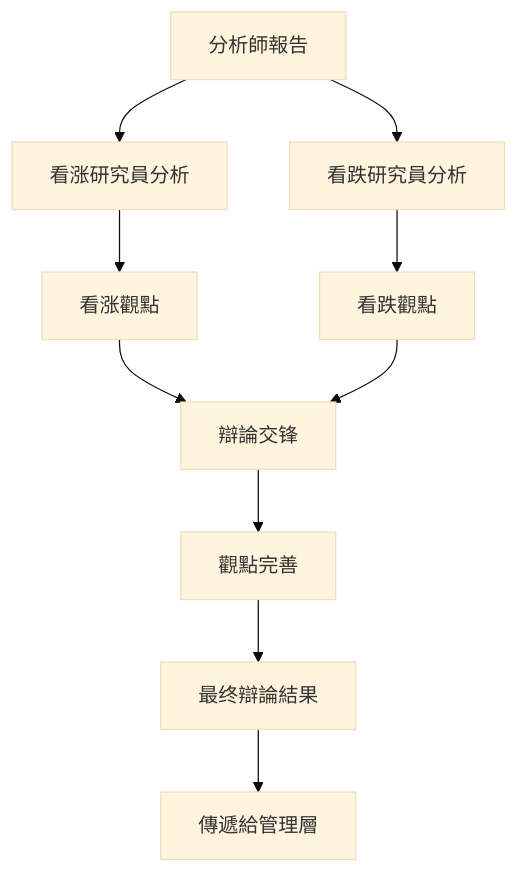
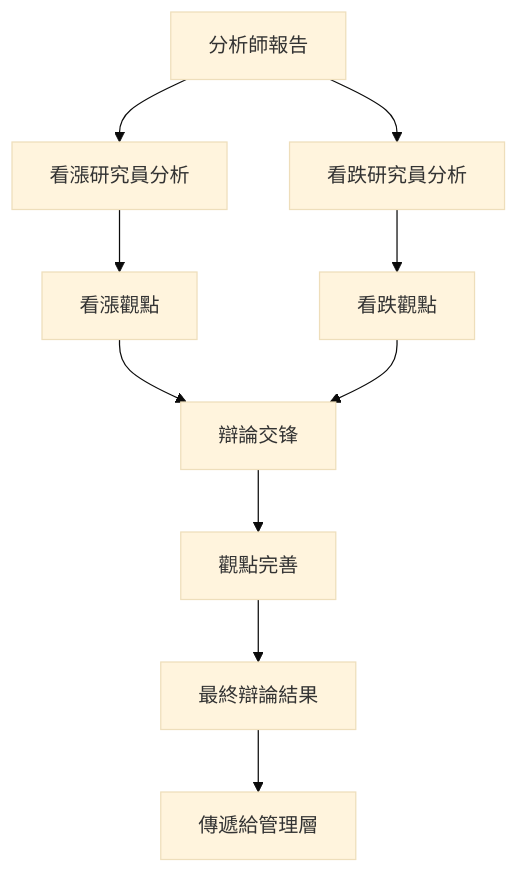
The diagram in docs/agents/v0.1.13/researchers.md (aiinpocket/TradingAgents-CN), drawn with Mermaid (base theme) before and after one commit. The commit also changed other lines of this file and 78 other files, not shown here.

````diff
--- a/docs/agents/v0.1.13/researchers.md
+++ b/docs/agents/v0.1.13/researchers.md
@@ -136,16 +136,16 @@
 ```mermaid
 graph TB
-    A[分析師報告] --> B[看涨研究員分析]
+    A[分析師報告] --> B[看漲研究員分析]
     A --> C[看跌研究員分析]
     
-    B --> D[看涨觀點]
+    B --> D[看漲觀點]
     C --> E[看跌觀點]
     
     D --> F[辯論交锋]
     E --> F
     
     F --> G[觀點完善]
-    G --> H[最终辯論結果]
+    G --> H[最終辯論結果]
     
     H --> I[傳遞給管理層]
 ```
````
